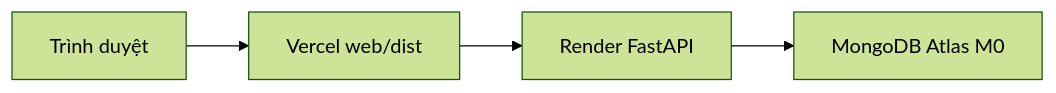
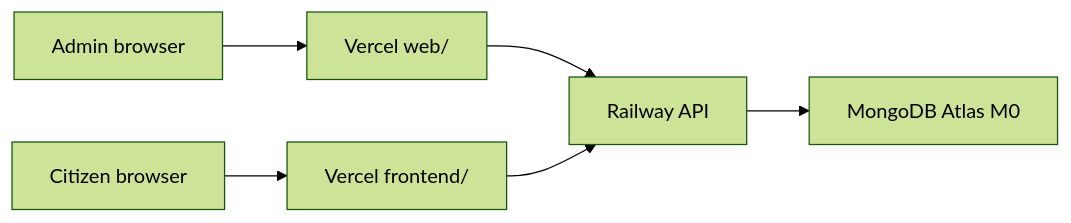
One commit to duy8208427/Mobile_app_for_planning changed the diagram in HUONG-DAN-WEB.md. Above: the diagram before and after it, drawn with Mermaid (forest theme). The commit also changed other lines of this file and 2 other files, not shown here.

First line of the commit message:
Fix Railway API build with backend Dockerfile

````diff
--- a/HUONG-DAN-WEB.md
+++ b/HUONG-DAN-WEB.md
@@ -78,11 +78,15 @@
 ```mermaid
 flowchart LR
-  User["Trình duyệt"]
-  Vercel["Vercel web/dist"]
-  Render["Render FastAPI"]
+  UserAdmin["Admin browser"]
+  UserCitizen["Citizen browser"]
+  VercelWeb["Vercel web/"]
+  VercelFrontend["Vercel frontend/"]
+  Railway["Railway API"]
   Atlas["MongoDB Atlas M0"]
 
-  User --> Vercel
-  Vercel --> Render
-  Render --> Atlas
+  UserAdmin --> VercelWeb
+  UserCitizen --> VercelFrontend
+  VercelWeb --> Railway
+  VercelFrontend --> Railway
+  Railway --> Atlas
 ```
````
